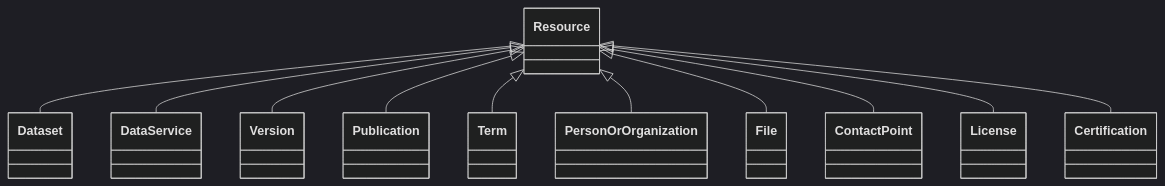
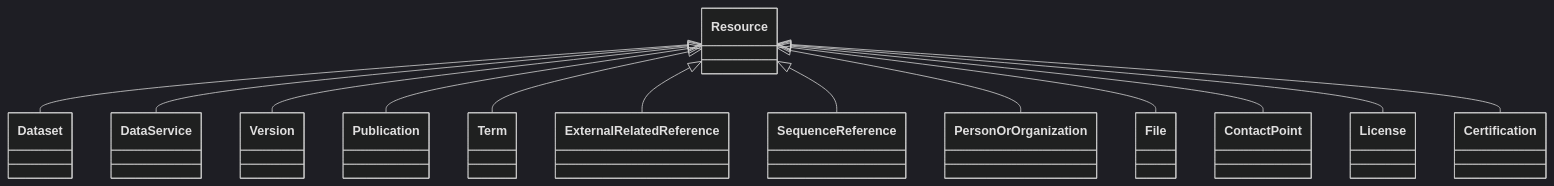
Before and after one commit to EVORA-project/evora-ontology: the diagram in models/docs/Resource.md, drawn with Mermaid (dark theme). The commit also changed other lines of this file and 166 other files, not shown here.

````diff
--- a/models/docs/Resource.md
+++ b/models/docs/Resource.md
@@ -21,27 +21,31 @@
 ```mermaid
  classDiagram
     class Resource
     click Resource href "../Resource"
       Resource <|-- Dataset
         click Dataset href "../Dataset"
       Resource <|-- DataService
         click DataService href "../DataService"
       Resource <|-- Version
         click Version href "../Version"
       Resource <|-- Publication
         click Publication href "../Publication"
       Resource <|-- Term
         click Term href "../Term"
+      Resource <|-- ExternalRelatedReference
+        click ExternalRelatedReference href "../ExternalRelatedReference"
+      Resource <|-- SequenceReference
+        click SequenceReference href "../SequenceReference"
       Resource <|-- PersonOrOrganization
         click PersonOrOrganization href "../PersonOrOrganization"
       Resource <|-- File
         click File href "../File"
       Resource <|-- ContactPoint
         click ContactPoint href "../ContactPoint"
       Resource <|-- License
         click License href "../License"
       Resource <|-- Certification
         click Certification href "../Certification"
       
       
 ```
````
